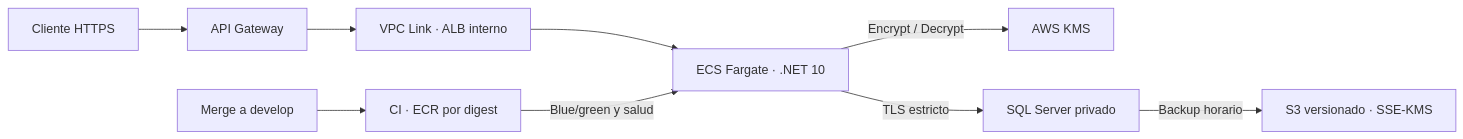
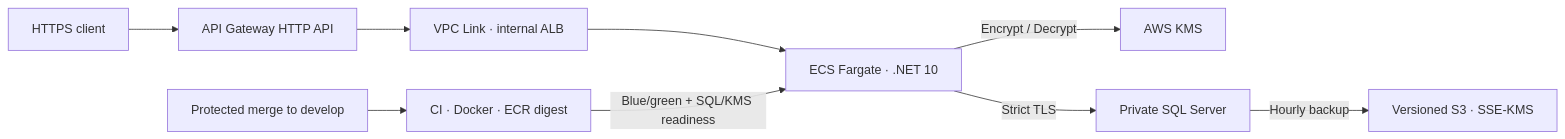
One commit to Kendall04/terragrunt_demo changed the diagram in README.md. Above: the diagram before and after it, drawn with Mermaid. The commit also changed other lines of this file and 57 other files, not shown here.

````diff
--- a/README.md
+++ b/README.md
@@ -15,11 +17,11 @@
 ```mermaid
 flowchart LR
-  U[Cliente HTTPS] --> G[API Gateway]
-  G --> V[VPC Link · ALB interno]
+  U[HTTPS client] --> G[API Gateway HTTP API]
+  G --> V[VPC Link · internal ALB]
   V --> A[ECS Fargate · .NET 10]
   A -->|Encrypt / Decrypt| K[AWS KMS]
-  A -->|TLS estricto| S[SQL Server privado]
-  S -->|Backup horario| B[S3 versionado · SSE-KMS]
-  D[Merge a develop] --> C[CI · ECR por digest]
-  C -->|Blue/green y salud| A
+  A -->|Strict TLS| S[Private SQL Server]
+  S -->|Hourly backup| B[Versioned S3 · SSE-KMS]
+  D[Protected merge to develop] --> C[CI · Docker · ECR digest]
+  C -->|Blue/green + SQL/KMS readiness| A
 ```
````
